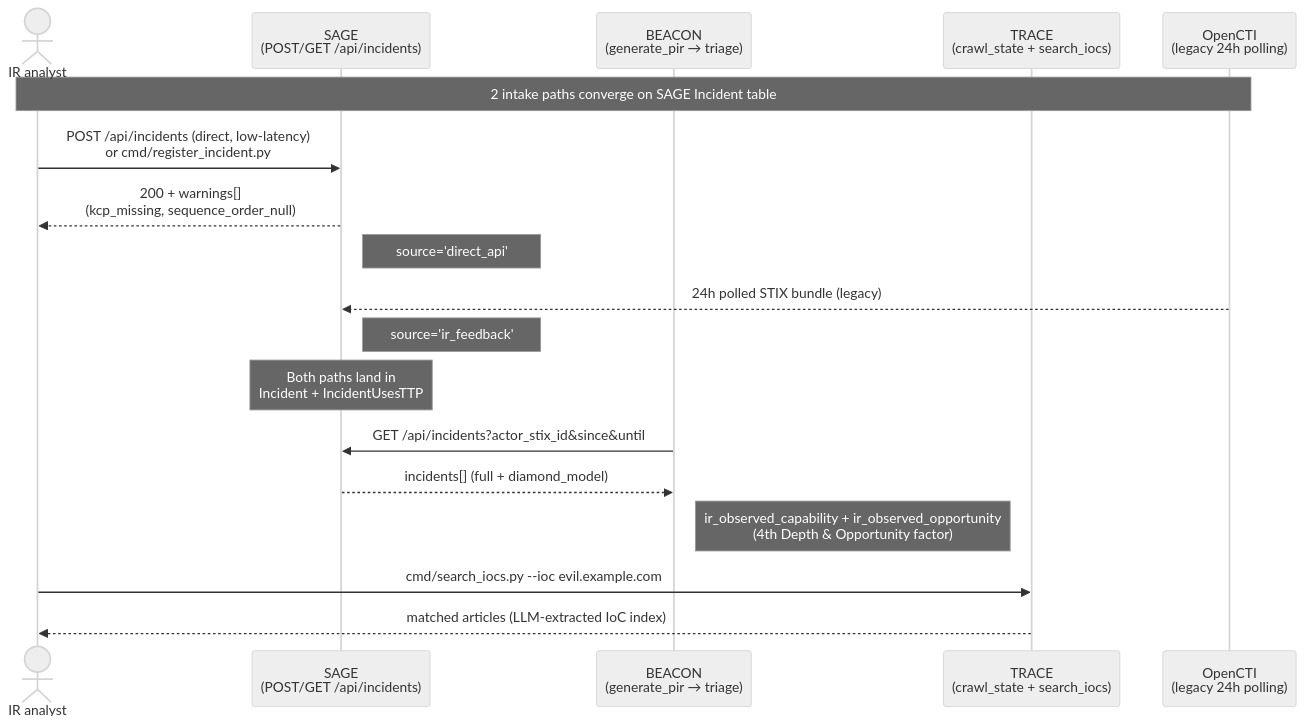
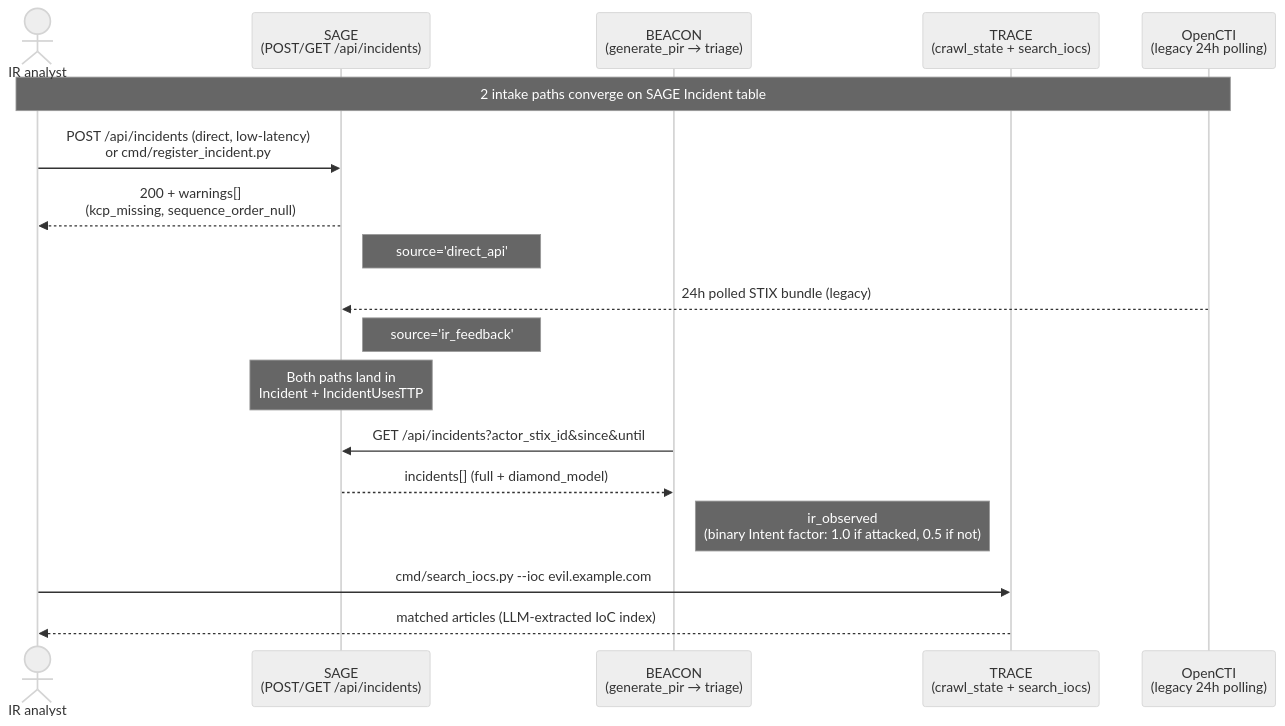
One commit to sw33t-b1u/sage changed the diagram in docs/ir-feedback-flow.md. Above: the diagram before and after it, drawn with Mermaid (neutral theme). The commit also changed other lines of this file and 6 other files, not shown here.

````diff
--- a/docs/ir-feedback-flow.md
+++ b/docs/ir-feedback-flow.md
@@ -17,26 +17,26 @@
 ```mermaid
 sequenceDiagram
     actor IR as IR analyst
     participant SAGE as SAGE<br/>(POST/GET /api/incidents)
     participant BEACON as BEACON<br/>(generate_pir → triage)
     participant TRACE as TRACE<br/>(crawl_state + search_iocs)
     participant OpenCTI as OpenCTI<br/>(legacy 24h polling)
 
     Note over IR,OpenCTI: 2 intake paths converge on SAGE Incident table
 
     IR->>SAGE: POST /api/incidents (direct, low-latency)<br/>or cmd/register_incident.py
     SAGE-->>IR: 200 + warnings[]<br/>(kcp_missing, sequence_order_null)
     Note right of SAGE: source='direct_api'
 
     OpenCTI-->>SAGE: 24h polled STIX bundle (legacy)
     Note right of SAGE: source='ir_feedback'
 
     Note over SAGE: Both paths land in<br/>Incident + IncidentUsesTTP
 
     BEACON->>SAGE: GET /api/incidents?actor_stix_id&since&until
     SAGE-->>BEACON: incidents[] (full + diamond_model)
-    Note right of BEACON: ir_observed_capability + ir_observed_opportunity<br/>(4th Depth & Opportunity factor)
+    Note right of BEACON: ir_observed<br/>(binary Intent factor: 1.0 if attacked, 0.5 if not)
 
     IR->>TRACE: cmd/search_iocs.py --ioc evil.example.com
     TRACE-->>IR: matched articles (LLM-extracted IoC index)
 ```
````
